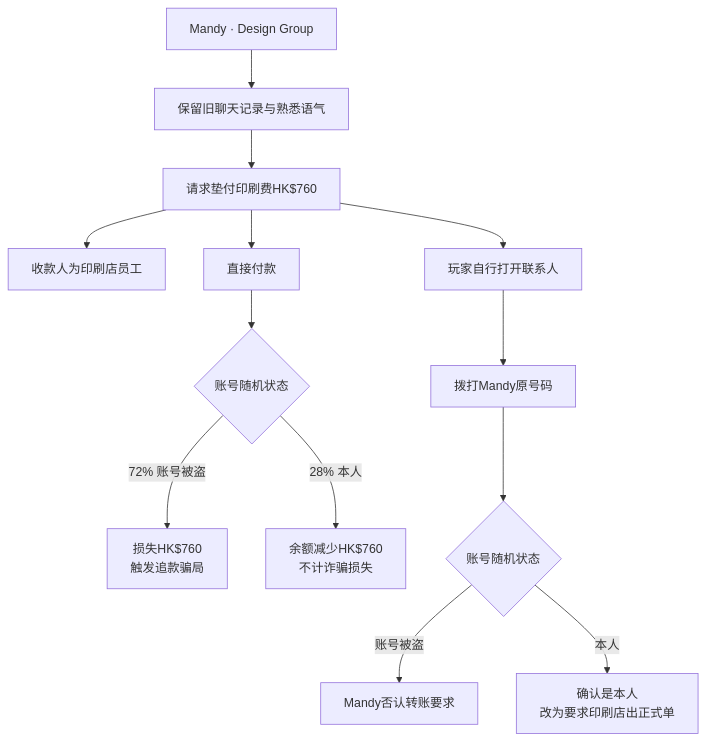
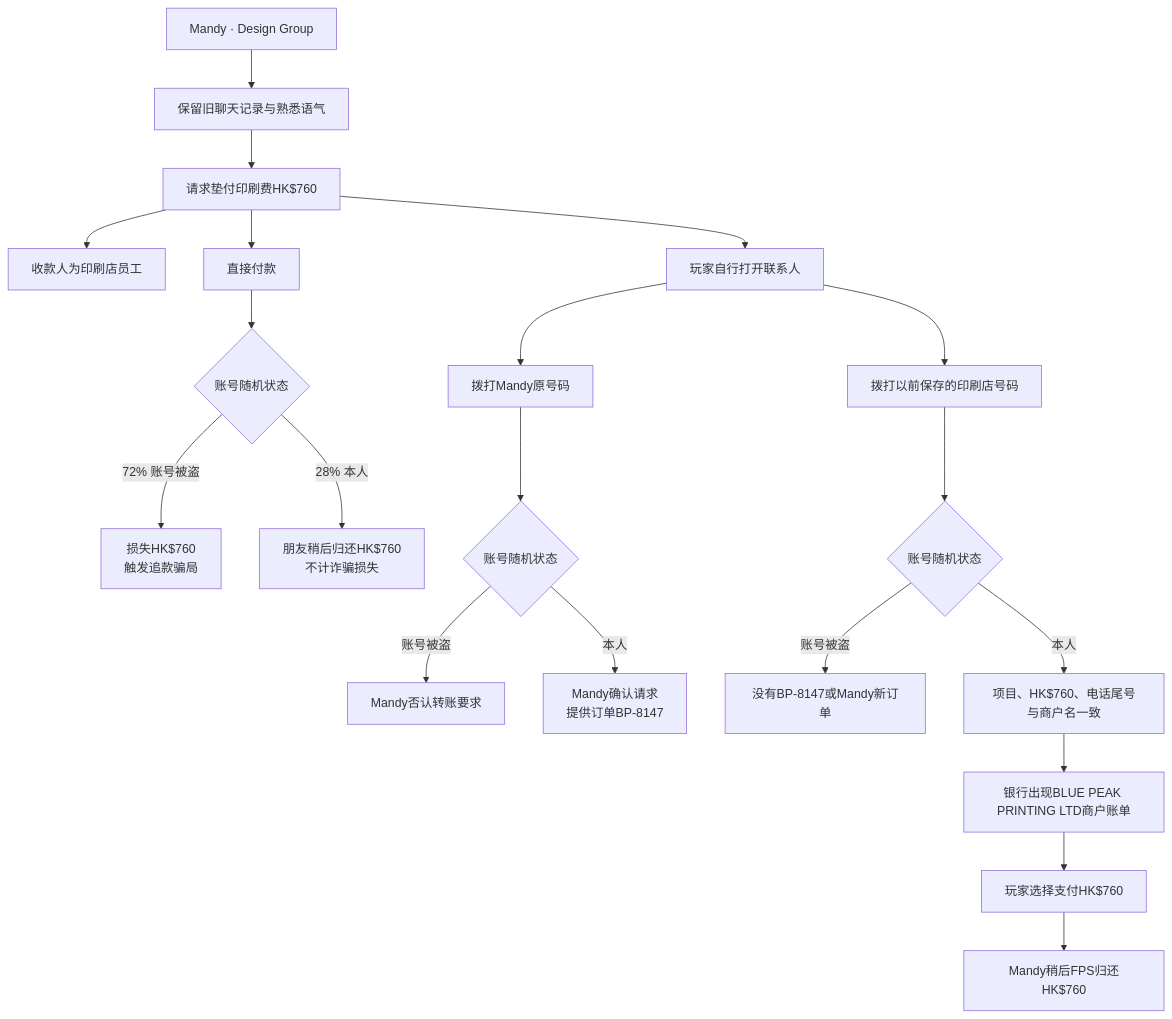
One commit to yutok0423gh/anti-scam-story-simulator changed the eighth of 16 diagrams in SCENARIO_TREE.md. Above: the diagram before and after it, drawn with Mermaid. The commit also changed other lines of this file and 9 other files, not shown here.

````diff
--- a/SCENARIO_TREE.md
+++ b/SCENARIO_TREE.md
@@ -888,19 +888,27 @@
 ```mermaid
 flowchart TD
     A["Mandy · Design Group"] --> B["保留旧聊天记录与熟悉语气"]
     B --> C["请求垫付印刷费HK$760"]
     C --> D["收款人为印刷店员工"]
 
     C --> PAY["直接付款"]
     PAY --> VAR{"账号随机状态"}
 
     VAR -->|"72% 账号被盗"| LOSS["损失HK$760<br/>触发追款骗局"]
-    VAR -->|"28% 本人"| REAL["余额减少HK$760<br/>不计诈骗损失"]
+    VAR -->|"28% 本人"| REAL["朋友稍后归还HK$760<br/>不计诈骗损失"]
 
     C --> CONTACT["玩家自行打开联系人"]
     CONTACT --> CALL["拨打Mandy原号码"]
     CALL --> VAR2{"账号随机状态"}
 
     VAR2 -->|"账号被盗"| DENY["Mandy否认转账要求"]
-    VAR2 -->|"本人"| CONFIRM["确认是本人<br/>改为要求印刷店出正式单"]
+    VAR2 -->|"本人"| CONFIRM["Mandy确认请求<br/>提供订单BP-8147"]
+
+    CONTACT --> SHOP["拨打以前保存的印刷店号码"]
+    SHOP --> SHOPVAR{"账号随机状态"}
+    SHOPVAR -->|"账号被盗"| NOMATCH["没有BP-8147或Mandy新订单"]
+    SHOPVAR -->|"本人"| MATCH["项目、HK$760、电话尾号与商户名一致"]
+    MATCH --> BANK["银行出现BLUE PEAK PRINTING LTD商户账单"]
+    BANK --> HELP["玩家选择支付HK$760"]
+    HELP --> REPAY["Mandy稍后FPS归还HK$760"]
 ```
````
